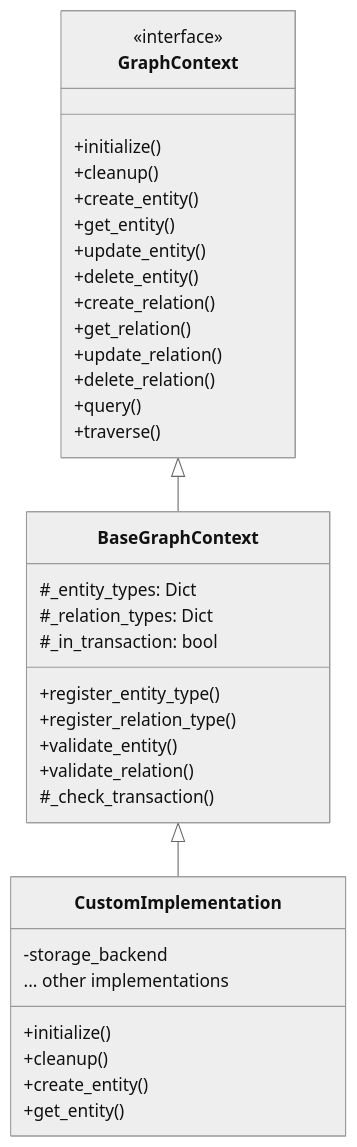
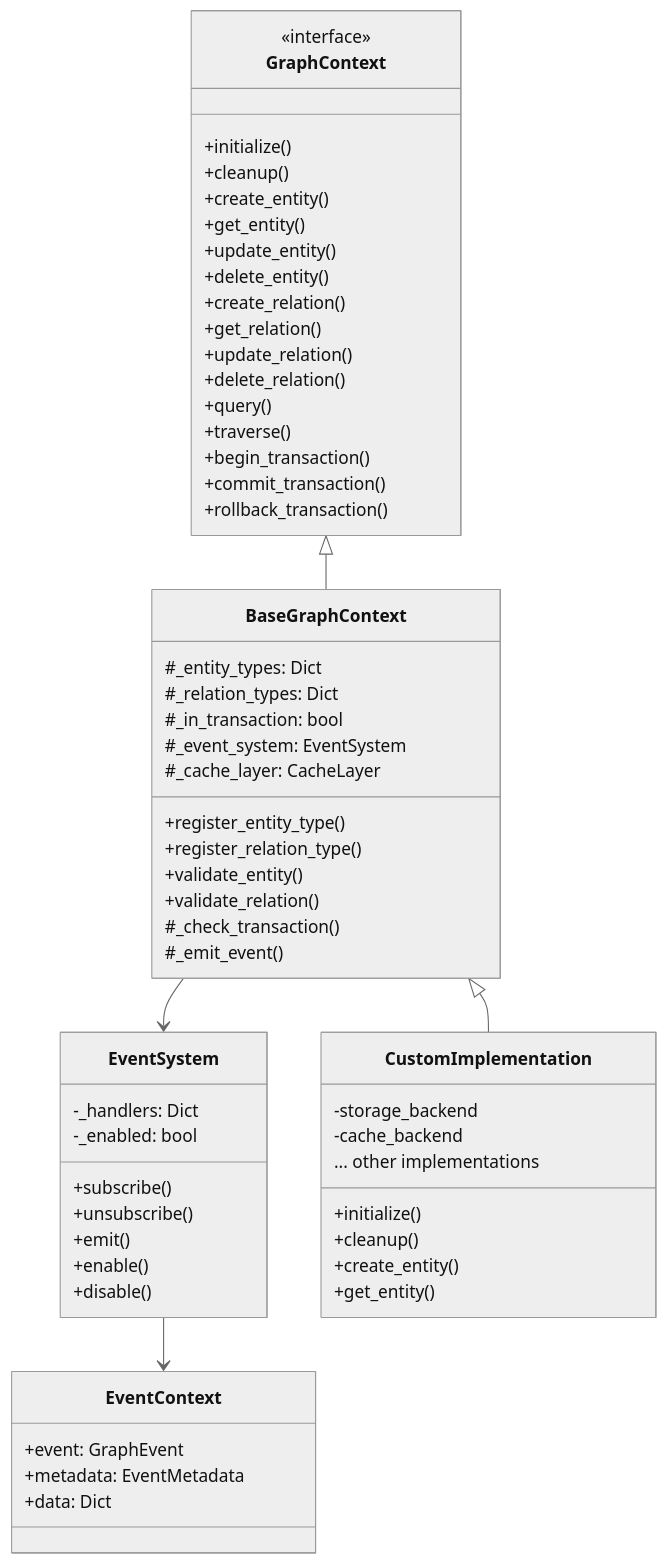
One commit to beanone/graph-context changed the first of 4 diagrams in README.md. Above: the diagram before and after it, drawn with Mermaid (neutral theme). The commit also changed other lines of this file and 8 other files, not shown here.

````diff
--- a/README.md
+++ b/README.md
@@ -185,41 +262,66 @@
 ```mermaid
 classDiagram
     class GraphContext {
         <<interface>>
         +initialize()
         +cleanup()
         +create_entity()
         +get_entity()
         +update_entity()
         +delete_entity()
         +create_relation()
         +get_relation()
         +update_relation()
         +delete_relation()
         +query()
         +traverse()
+        +begin_transaction()
+        +commit_transaction()
+        +rollback_transaction()
     }
 
     class BaseGraphContext {
         #_entity_types: Dict
         #_relation_types: Dict
         #_in_transaction: bool
+        #_event_system: EventSystem
+        #_cache_layer: CacheLayer
         +register_entity_type()
         +register_relation_type()
         +validate_entity()
         +validate_relation()
         #_check_transaction()
+        #_emit_event()
+    }
+
+    class EventSystem {
+        -_handlers: Dict
+        -_enabled: bool
+        +subscribe()
+        +unsubscribe()
+        +emit()
+        +enable()
+        +disable()
+    }
+
+    class EventContext {
+        +event: GraphEvent
+        +metadata: EventMetadata
+        +data: Dict
     }
 
     class CustomImplementation {
         -storage_backend
+        -cache_backend
         +initialize()
         +cleanup()
         +create_entity()
         +get_entity()
         ... other implementations
     }
 
     GraphContext <|-- BaseGraphContext
     BaseGraphContext <|-- CustomImplementation
+    BaseGraphContext --> EventSystem
+    EventSystem --> EventContext
 ```
````
